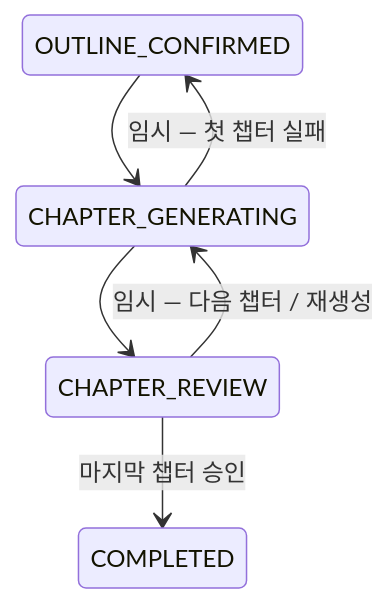
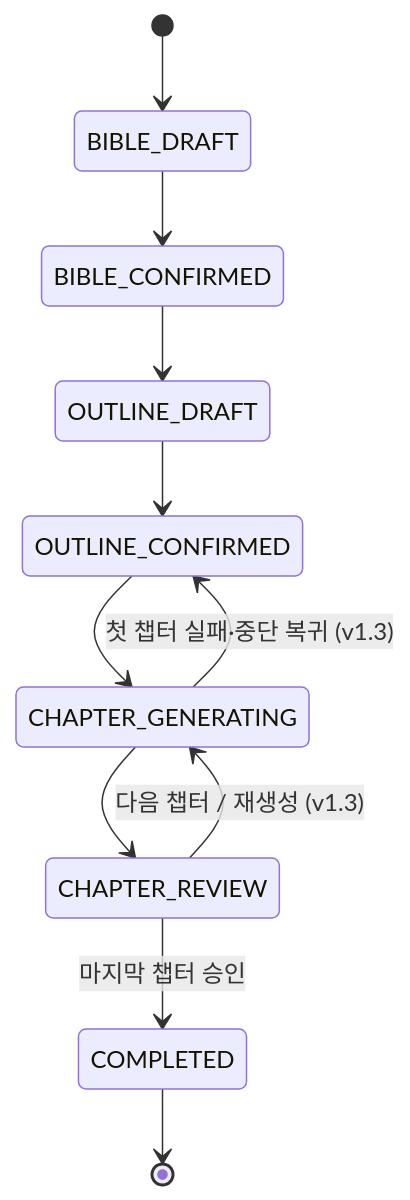
One commit to samam0234/StoryForge_novelProject changed the diagram in docs/Architecture/pipeline-state-machine.md. Above: the diagram before and after it, drawn with Mermaid. The commit also changed other lines of this file and 34 other files, not shown here.

````diff
--- a/docs/Architecture/pipeline-state-machine.md
+++ b/docs/Architecture/pipeline-state-machine.md
@@ -66,8 +13,13 @@
 ```mermaid
 stateDiagram-v2
+    [*] --> BIBLE_DRAFT
+    BIBLE_DRAFT --> BIBLE_CONFIRMED
+    BIBLE_CONFIRMED --> OUTLINE_DRAFT
+    OUTLINE_DRAFT --> OUTLINE_CONFIRMED
     OUTLINE_CONFIRMED --> CHAPTER_GENERATING
     CHAPTER_GENERATING --> CHAPTER_REVIEW
     CHAPTER_REVIEW --> COMPLETED: 마지막 챕터 승인
-    CHAPTER_REVIEW --> CHAPTER_GENERATING: 임시 — 다음 챕터 / 재생성
-    CHAPTER_GENERATING --> OUTLINE_CONFIRMED: 임시 — 첫 챕터 실패
+    CHAPTER_REVIEW --> CHAPTER_GENERATING: 다음 챕터 / 재생성 (v1.3)
+    CHAPTER_GENERATING --> OUTLINE_CONFIRMED: 첫 챕터 실패·중단 복귀 (v1.3)
+    COMPLETED --> [*]
 ```
````
